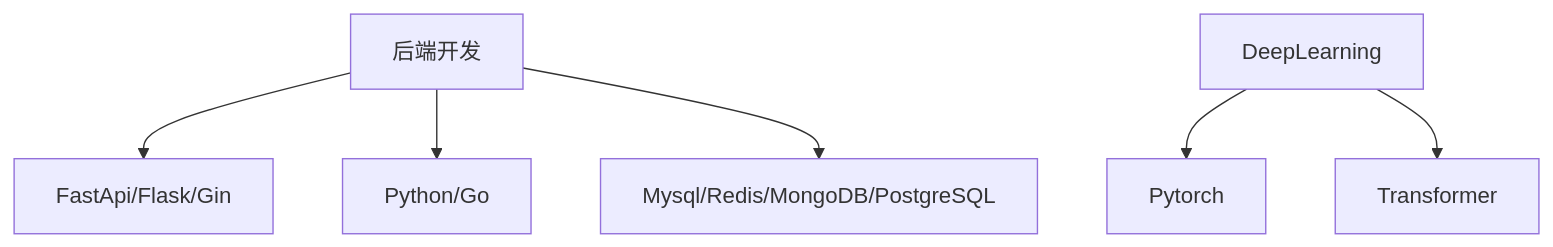
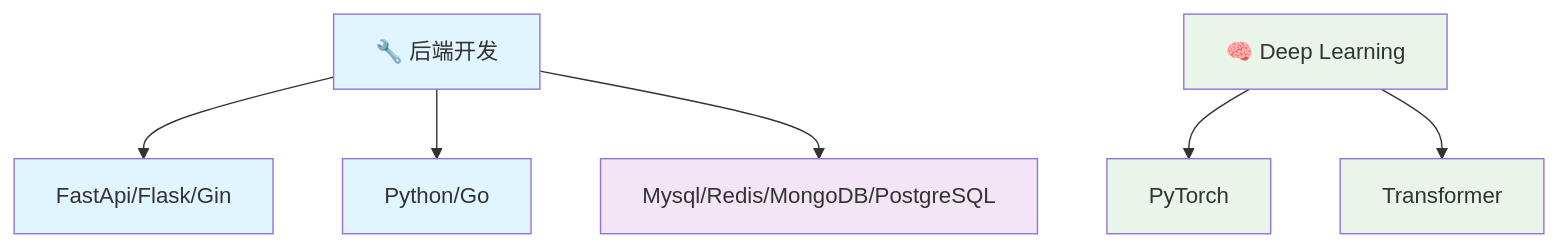
One commit to LiuCH4NG/LiuCH4NG.github.io changed the first of 2 diagrams in docs/index.md. Above: the diagram before and after it, drawn with Mermaid. The commit also changed other lines of this file and 3 other files, not shown here.

````diff
--- a/docs/index.md
+++ b/docs/index.md
@@ -23,8 +74,16 @@
 ```mermaid
 graph TD
-    A[后端开发] --> B[FastApi/Flask/Gin]
+    A[🔧 后端开发] --> B[FastApi/Flask/Gin]
     A --> C[Python/Go]
     A --> D[Mysql/Redis/MongoDB/PostgreSQL]
-    G[DeepLearning] --> H[Pytorch]
+    G[🧠 Deep Learning] --> H[PyTorch]
     G --> I[Transformer]
+    
+    classDef backend fill:#e1f5fe
+    classDef db fill:#f3e5f5
+    classDef dl fill:#e8f5e8
+    
+    class A,B,C backend
+    class D db
+    class G,H,I dl
 ```
````
